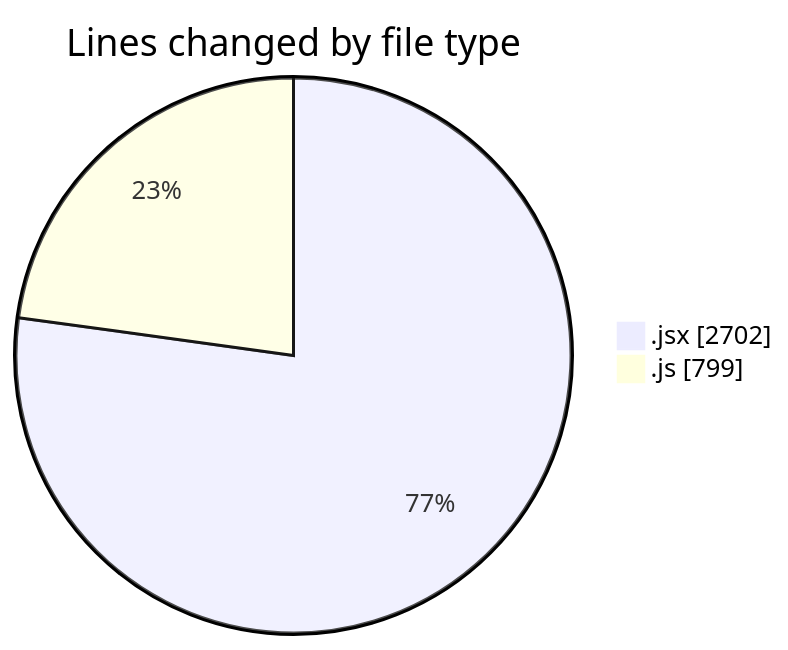
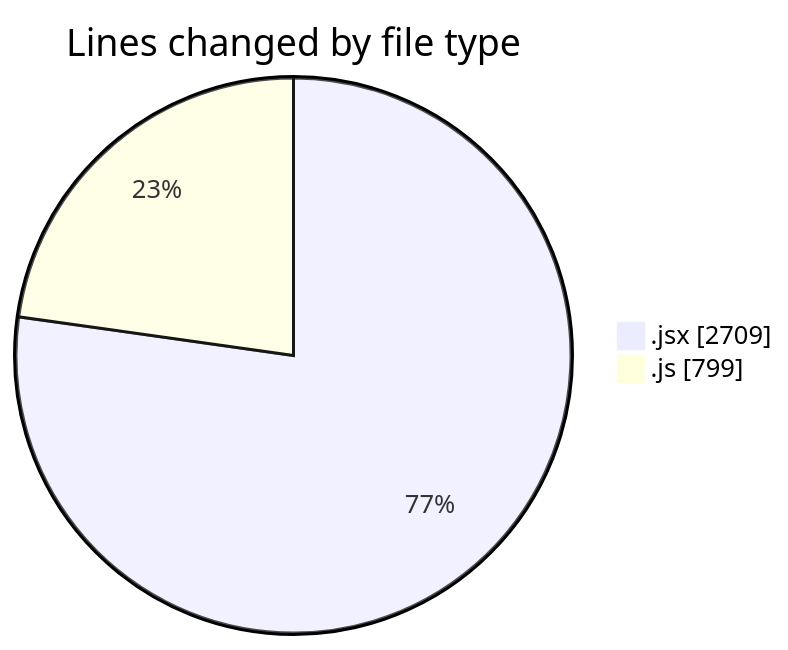
Before and after one commit to nxtqubesakshisongat/code-tracking: the first of 2 diagrams in 2025-07-14/argos/README.md, drawn with Mermaid. The commit also changed other lines of this file and 1 other file, not shown here.

````diff
--- a/2025-07-14/argos/README.md
+++ b/2025-07-14/argos/README.md
@@ -26,6 +26,6 @@
 ```mermaid
 pie showData
 title Lines changed by file type
-".jsx" : 2702
+".jsx" : 2709
 ".js" : 799
 ```
````
